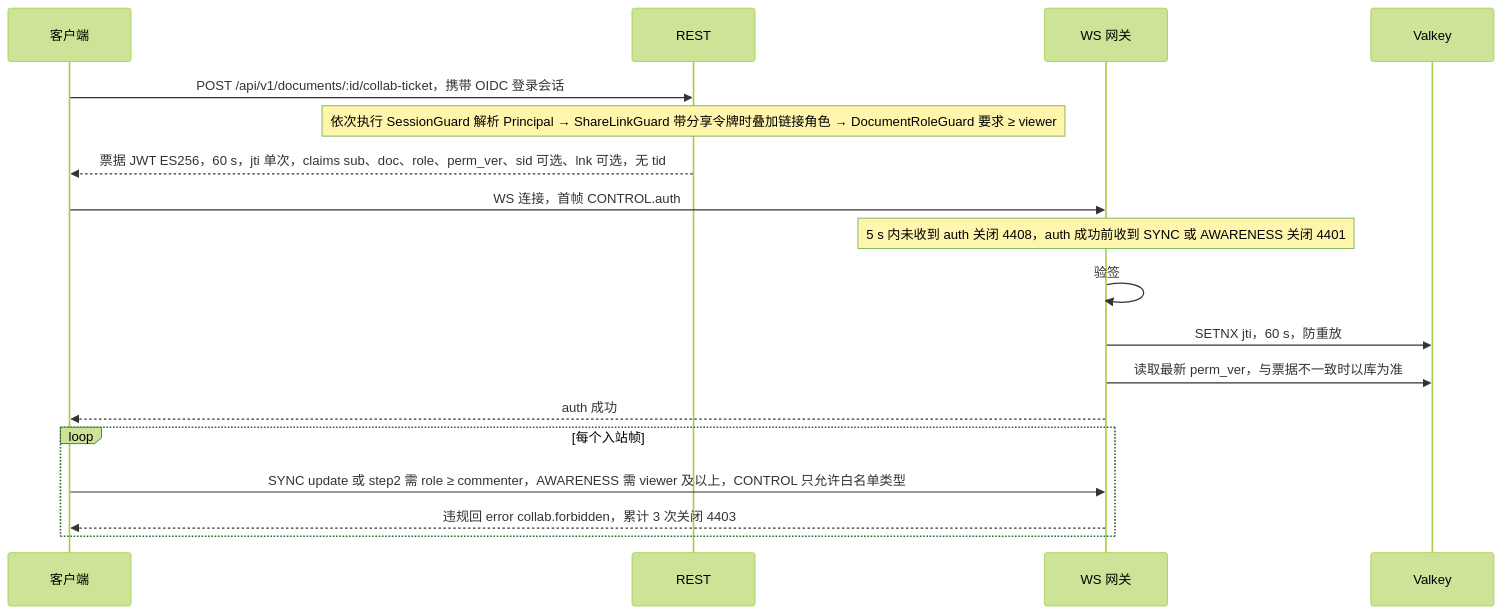
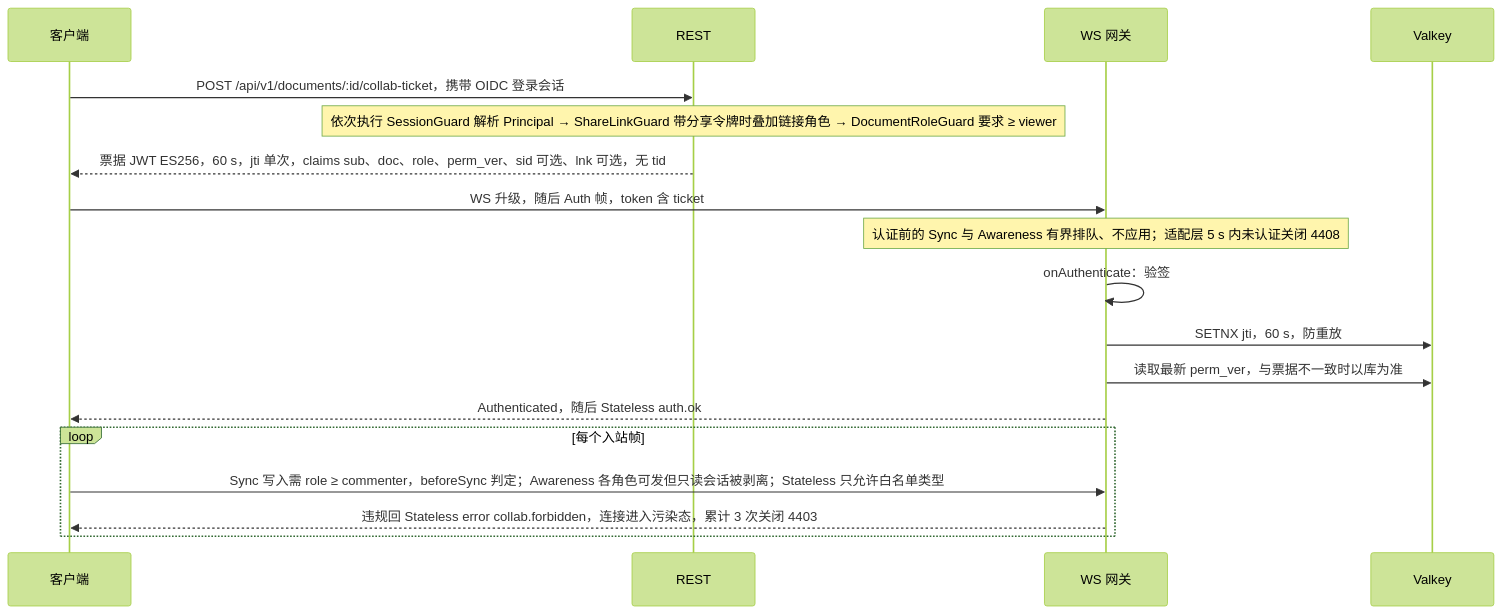
Before and after one commit to Xeonice/cordis-ppt-editor: the first of 2 diagrams in docs/30-architecture/adr/0029-gateway-authorization.md, drawn with Mermaid (forest theme). The commit also changed other lines of this file and 78 other files, not shown here.

````diff
--- a/docs/30-architecture/adr/0029-gateway-authorization.md
+++ b/docs/30-architecture/adr/0029-gateway-authorization.md
@@ -25,20 +25,20 @@
 ```mermaid
 sequenceDiagram
   participant client as 客户端
   participant rest as REST
   participant gw as WS 网关
   participant valkey as Valkey
   client->>rest: POST /api/v1/documents/:id/collab-ticket，携带 OIDC 登录会话
   Note over rest: 依次执行 SessionGuard 解析 Principal → ShareLinkGuard 带分享令牌时叠加链接角色 → DocumentRoleGuard 要求 ≥ viewer
   rest-->>client: 票据 JWT ES256，60 s，jti 单次，claims sub、doc、role、perm_ver、sid 可选、lnk 可选，无 tid
-  client->>gw: WS 连接，首帧 CONTROL.auth
-  Note over gw: 5 s 内未收到 auth 关闭 4408，auth 成功前收到 SYNC 或 AWARENESS 关闭 4401
-  gw->>gw: 验签
+  client->>gw: WS 升级，随后 Auth 帧，token 含 ticket
+  Note over gw: 认证前的 Sync 与 Awareness 有界排队、不应用；适配层 5 s 内未认证关闭 4408
+  gw->>gw: onAuthenticate：验签
   gw->>valkey: SETNX jti，60 s，防重放
   gw->>valkey: 读取最新 perm_ver，与票据不一致时以库为准
-  gw-->>client: auth 成功
+  gw-->>client: Authenticated，随后 Stateless auth.ok
   loop 每个入站帧
-    client->>gw: SYNC update 或 step2 需 role ≥ commenter，AWARENESS 需 viewer 及以上，CONTROL 只允许白名单类型
-    gw-->>client: 违规回 error collab.forbidden，累计 3 次关闭 4403
+    client->>gw: Sync 写入需 role ≥ commenter，beforeSync 判定；Awareness 各角色可发但只读会话被剥离；Stateless 只允许白名单类型
+    gw-->>client: 违规回 Stateless error collab.forbidden，连接进入污染态，累计 3 次关闭 4403
   end
 ```
````
